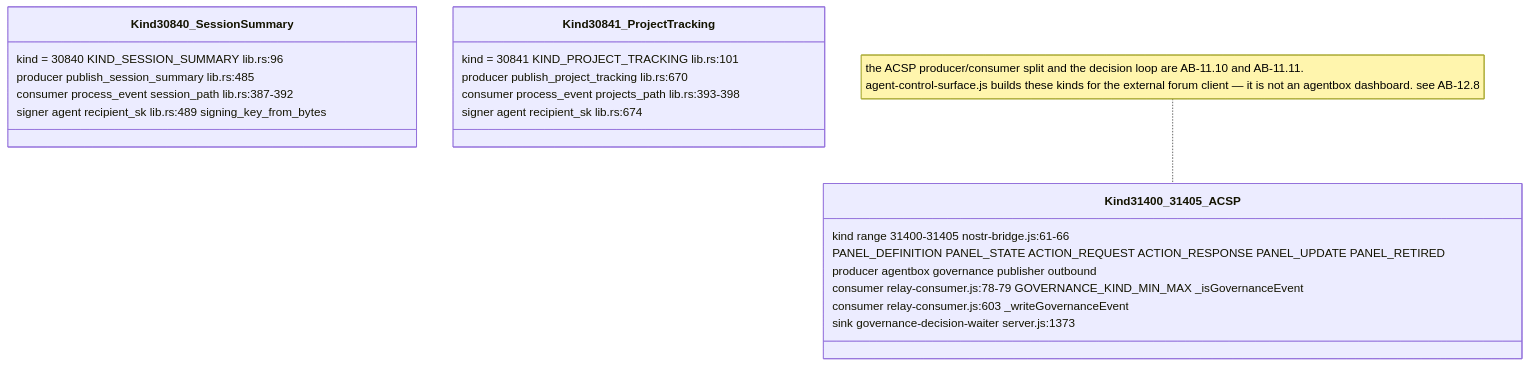
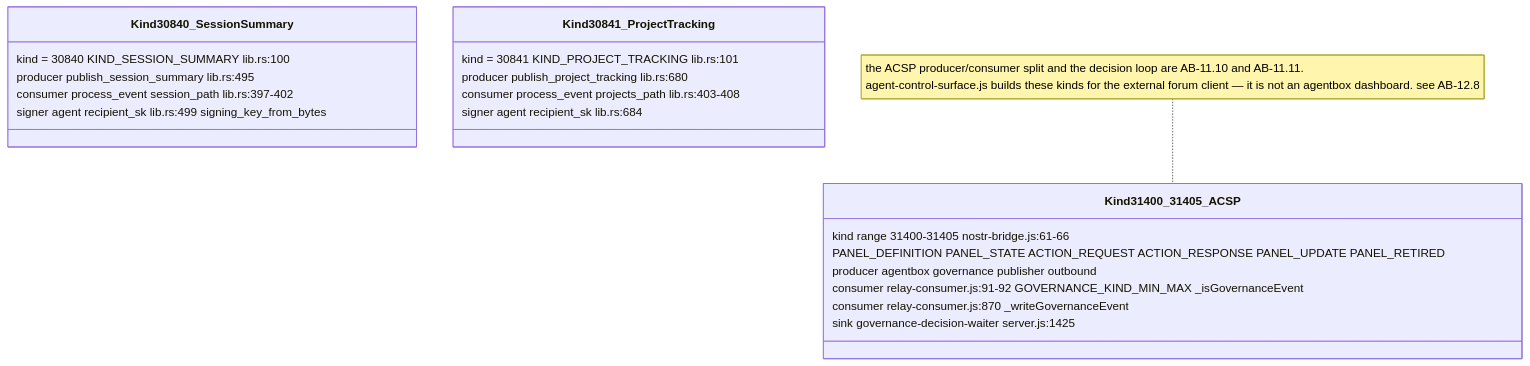
One commit to DreamLab-AI/VisionFlow changed the fifth of 16 diagrams in docs/diagrams/agentbox/13-nostr-relay-gateway-bridge-mirror.md. Above: the diagram before and after it, drawn with Mermaid. The commit also changed other lines of this file and 111 other files, not shown here.

Commit message:
docs(diagrams): align estate maps with current source

````diff
--- a/docs/diagrams/agentbox/13-nostr-relay-gateway-bridge-mirror.md
+++ b/docs/diagrams/agentbox/13-nostr-relay-gateway-bridge-mirror.md
@@ -204,24 +204,24 @@
 ```mermaid
 classDiagram
     class Kind30840_SessionSummary {
-        kind = 30840 KIND_SESSION_SUMMARY lib.rs:96
-        producer publish_session_summary lib.rs:485
-        consumer process_event session_path lib.rs:387-392
-        signer agent recipient_sk lib.rs:489 signing_key_from_bytes
+        kind = 30840 KIND_SESSION_SUMMARY lib.rs:100
+        producer publish_session_summary lib.rs:495
+        consumer process_event session_path lib.rs:397-402
+        signer agent recipient_sk lib.rs:499 signing_key_from_bytes
     }
     class Kind30841_ProjectTracking {
         kind = 30841 KIND_PROJECT_TRACKING lib.rs:101
-        producer publish_project_tracking lib.rs:670
-        consumer process_event projects_path lib.rs:393-398
-        signer agent recipient_sk lib.rs:674
+        producer publish_project_tracking lib.rs:680
+        consumer process_event projects_path lib.rs:403-408
+        signer agent recipient_sk lib.rs:684
     }
     class Kind31400_31405_ACSP {
         kind range 31400-31405 nostr-bridge.js:61-66
         PANEL_DEFINITION PANEL_STATE ACTION_REQUEST ACTION_RESPONSE PANEL_UPDATE PANEL_RETIRED
         producer agentbox governance publisher outbound
-        consumer relay-consumer.js:78-79 GOVERNANCE_KIND_MIN_MAX _isGovernanceEvent
-        consumer relay-consumer.js:603 _writeGovernanceEvent
-        sink governance-decision-waiter server.js:1373
+        consumer relay-consumer.js:91-92 GOVERNANCE_KIND_MIN_MAX _isGovernanceEvent
+        consumer relay-consumer.js:870 _writeGovernanceEvent
+        sink governance-decision-waiter server.js:1425
     }
     note for Kind31400_31405_ACSP "the ACSP producer/consumer split and the decision loop are AB-11.10 and AB-11.11.<br/>agent-control-surface.js builds these kinds for the external forum client — it is not an agentbox dashboard. see AB-12.8"
 ```
````
